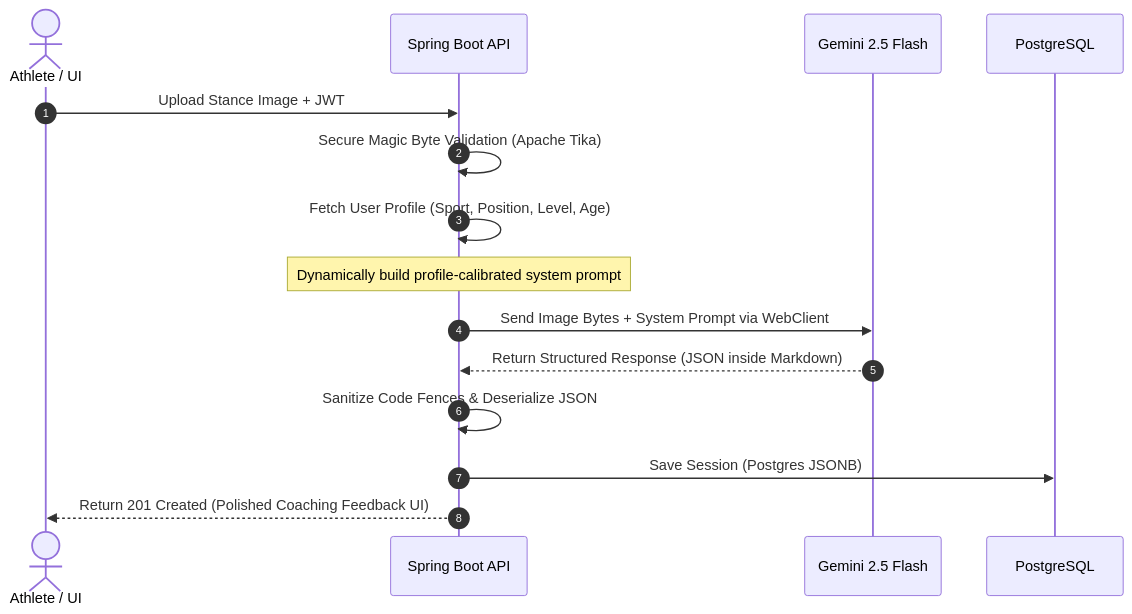
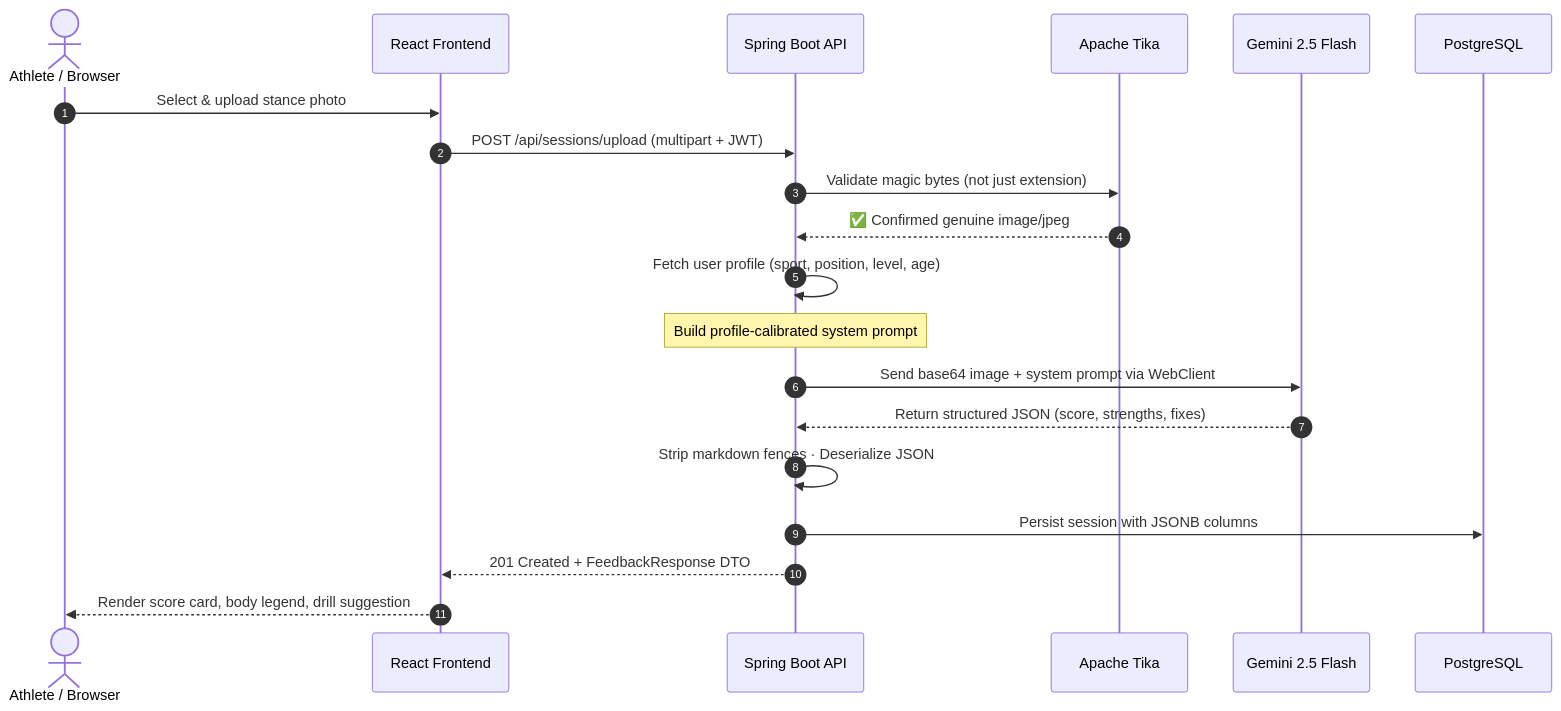
The second of 4 diagrams in README.md (Manoj-0810/ghostcoach), drawn with Mermaid before and after one commit. The commit also changed other lines of this file and 1 other file, not shown here.

````diff
--- a/README.md
+++ b/README.md
@@ -149,18 +157,23 @@
 ```mermaid
 sequenceDiagram
     autonumber
-    actor User as Athlete / UI
+    actor Athlete as Athlete / Browser
+    participant FE as React Frontend
     participant API as Spring Boot API
+    participant Tika as Apache Tika
     participant Gem as Gemini 2.5 Flash
     participant DB as PostgreSQL
 
-    User->>API: Upload Stance Image + JWT
-    API->>API: Secure Magic Byte Validation (Apache Tika)
-    API->>API: Fetch User Profile (Sport, Position, Level, Age)
-    Note over API: Dynamically build profile-calibrated system prompt
-    API->>Gem: Send Image Bytes + System Prompt via WebClient
-    Gem-->>API: Return Structured Response (JSON inside Markdown)
-    API->>API: Sanitize Code Fences & Deserialize JSON
-    API->>DB: Save Session (Postgres JSONB)
-    API-->>User: Return 201 Created (Polished Coaching Feedback UI)
+    Athlete->>FE: Select & upload stance photo
+    FE->>API: POST /api/sessions/upload (multipart + JWT)
+    API->>Tika: Validate magic bytes (not just extension)
+    Tika-->>API: ✅ Confirmed genuine image/jpeg
+    API->>API: Fetch user profile (sport, position, level, age)
+    Note over API: Build profile-calibrated system prompt
+    API->>Gem: Send base64 image + system prompt via WebClient
+    Gem-->>API: Return structured JSON (score, strengths, fixes)
+    API->>API: Strip markdown fences · Deserialize JSON
+    API->>DB: Persist session with JSONB columns
+    API-->>FE: 201 Created + FeedbackResponse DTO
+    FE-->>Athlete: Render score card, body legend, drill suggestion
 ```
````
